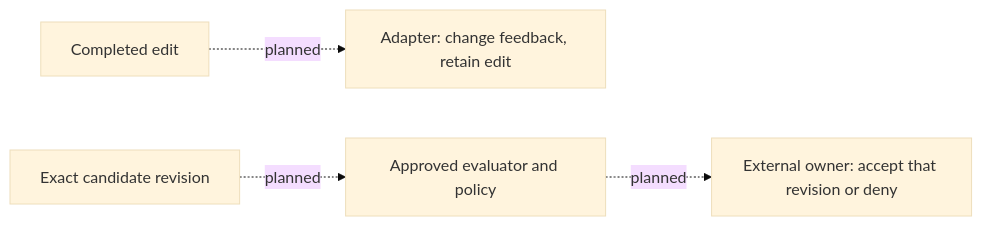
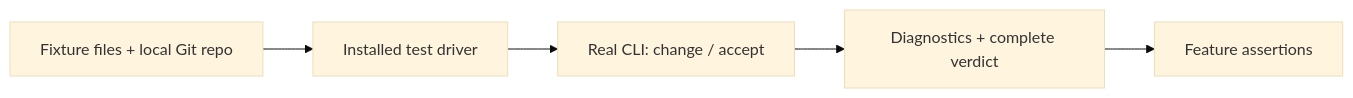
Before and after one commit to ironlint/ironlint: the second of 2 diagrams in docs/architecture.md, drawn with Mermaid (base theme). The commit also changed other lines of this file and 13 other files, not shown here.

Commit message:
test: add local Docker feature E2E and separate adapter scope

````diff
--- a/docs/architecture.md
+++ b/docs/architecture.md
@@ -63,6 +65,7 @@
 ```mermaid
 flowchart LR
-    Edit["Completed edit"] -. planned .-> Feedback["Adapter: change feedback, retain edit"]
-    Candidate["Exact candidate revision"] -. planned .-> Trusted["Approved evaluator and policy"]
-    Trusted -. planned .-> Owner["External owner: accept that revision or deny"]
+    Fixture["Fixture files + local Git repo"] --> Driver["Installed test driver"]
+    Driver --> CLI["Real CLI: change / accept"]
+    CLI --> Result["Diagnostics + complete verdict"]
+    Result --> Assert["Feature assertions"]
 ```
````
